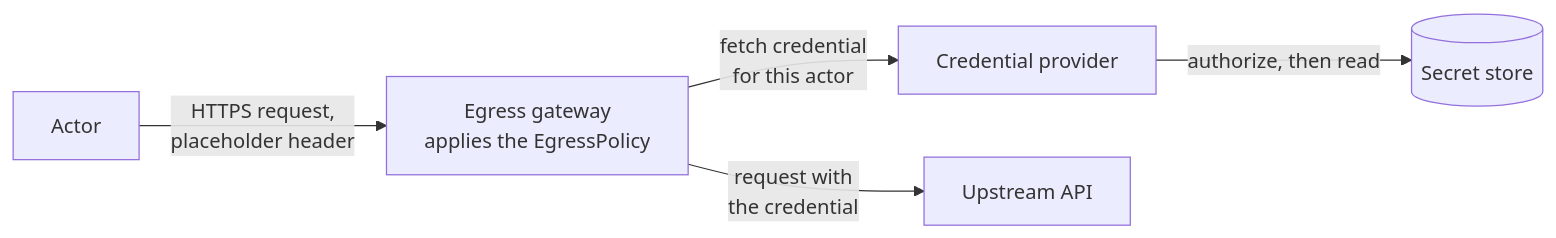
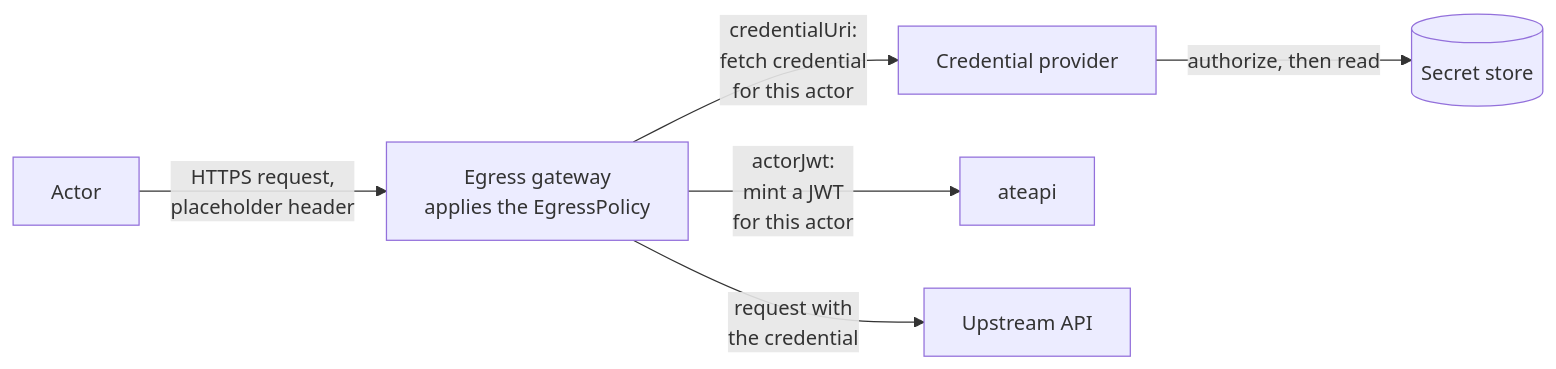
The diagram in docs/egress-credential-injection.md (agent-substrate/substrate), drawn with Mermaid before and after one commit.

Commit message:
docs: show the actor JWT path in the egress credential diagram
The diagram showed only the credential provider path, so the ateapi mint
for actorJwt entries was described only in the text below it. Add ateapi
and label each of the gateway's outbound calls with the field that selects
it.

````diff
--- a/docs/egress-credential-injection.md
+++ b/docs/egress-credential-injection.md
@@ -35,13 +35,15 @@
 ```mermaid
 flowchart LR
     actor["Actor"]
     gateway["Egress gateway<br/>applies the EgressPolicy"]
     provider["Credential provider"]
     store[("Secret store")]
+    ateapi["ateapi"]
     upstream["Upstream API"]
 
     actor -->|"HTTPS request,<br/>placeholder header"| gateway
-    gateway -->|"fetch credential<br/>for this actor"| provider
+    gateway -->|"credentialUri:<br/>fetch credential<br/>for this actor"| provider
     provider -->|"authorize, then read"| store
+    gateway -->|"actorJwt:<br/>mint a JWT<br/>for this actor"| ateapi
     gateway -->|"request with<br/>the credential"| upstream
 ```
````
